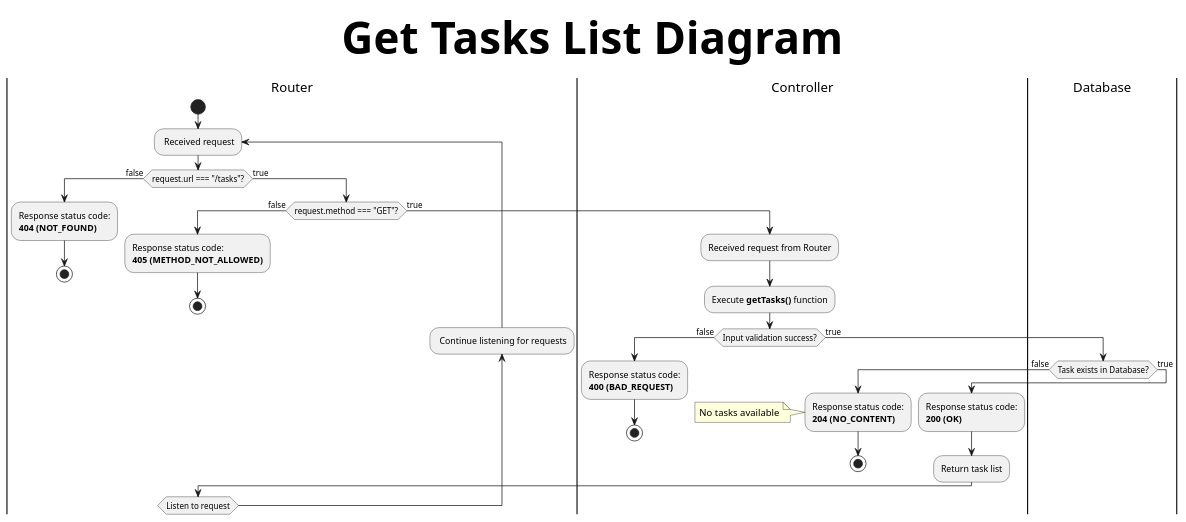
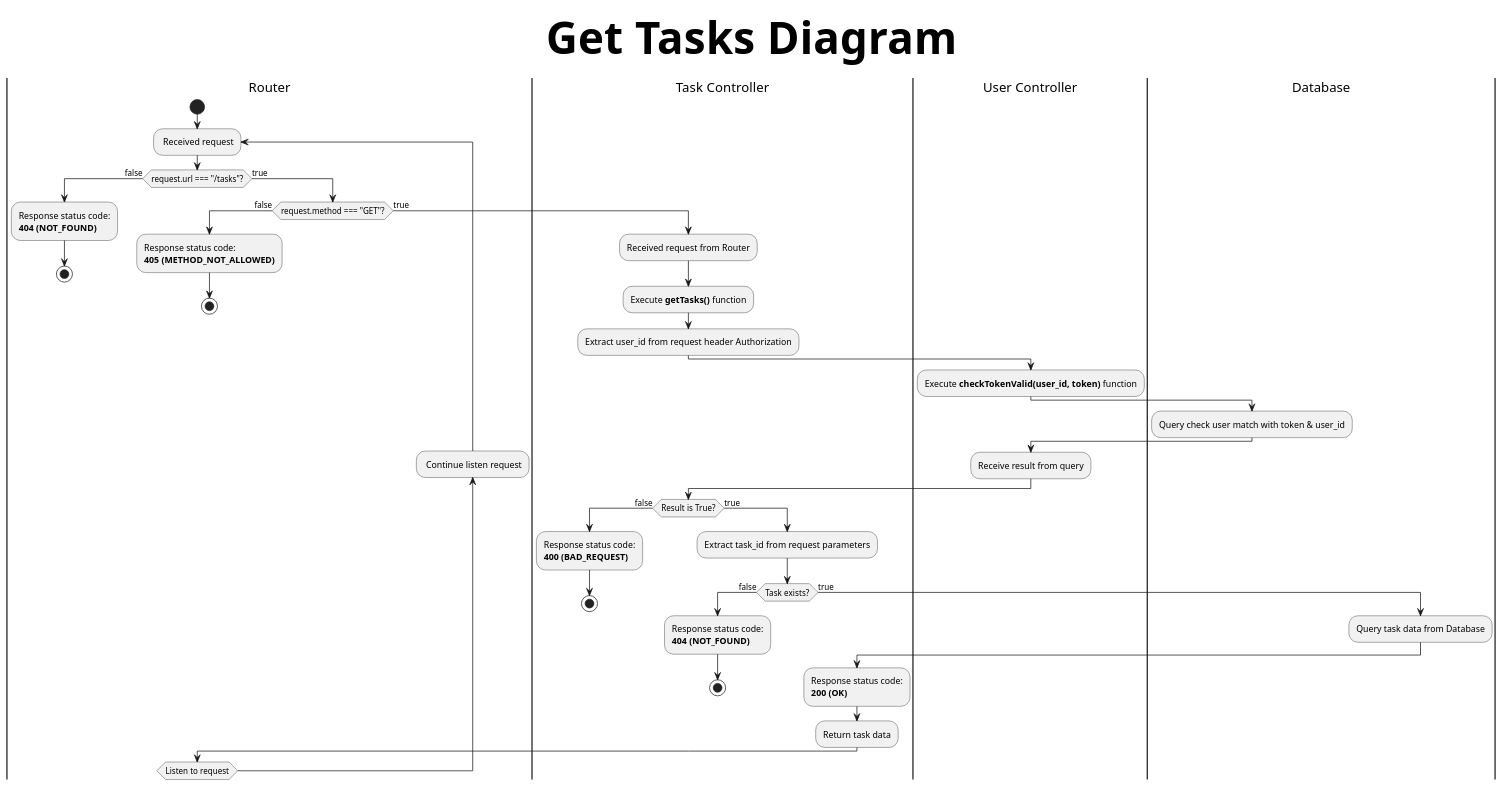
Before and after one commit to DoanLe2k1/TodoApp-API: the diagram in diagrams/taskDiagrams/getTaskListDiagram.pu, drawn with PlantUML. The commit also changed 2 other files, not shown here.

Commit message:
Update: getTask + editTask

```diff
--- a/diagrams/taskDiagrams/getTaskListDiagram.pu
+++ b/diagrams/taskDiagrams/getTaskListDiagram.pu
@@ -1,48 +1,54 @@
 @startuml
-title Get Tasks List Diagram
+title Get Tasks Diagram
 skinparam titleFontSize 60
 |Router|
 start
 repeat: Received request
-
 if (request.url === "/tasks"?) then (false)
     :Response status code:
     **404 (NOT_FOUND)**;
     stop
 else (true)
     if (request.method === "GET"?) then (false)
         :Response status code:
         **405 (METHOD_NOT_ALLOWED)**;
         stop
     else (true)
-        |Controller|
+        |Task Controller|
         :Received request from Router;
         :Execute **getTasks()** function;
-
-        if (Input validation success?) then (false)
+        :Extract user_id from request header Authorization;
+        |User Controller|
+        :Execute **checkTokenValid(user_id, token)** function;
+        |Database|
+        :Query check user match with token & user_id;
+        |User Controller|
+        :Receive result from query;
+        |Task Controller|
+        if (Result is True?) then (false)
             :Response status code:
             **400 (BAD_REQUEST)**;
             'Validation failed
             stop
         else (true)
-            |Database|
-            if (Task exists in Database?) then (false)
-                |Controller|
+            :Extract task_id from request parameters;
+            if (Task exists?) then (false)
                 :Response status code:
-                **204 (NO_CONTENT)**;
-                note left: No tasks available
+                **404 (NOT_FOUND)**;
+                'Task not found
                 stop
             else (true)
-                |Controller|
+                |Database|
+                :Query task data from Database;
+                |Task Controller|
                 :Response status code:
                 **200 (OK)**;
-                :Return task list;
+                :Return task data;
             endif
         endif
     endif
 endif
-
 |Router|
-backward: Continue listening for requests;
+backward: Continue listen request;
 repeat while (Listen to request)
 @enduml
```
